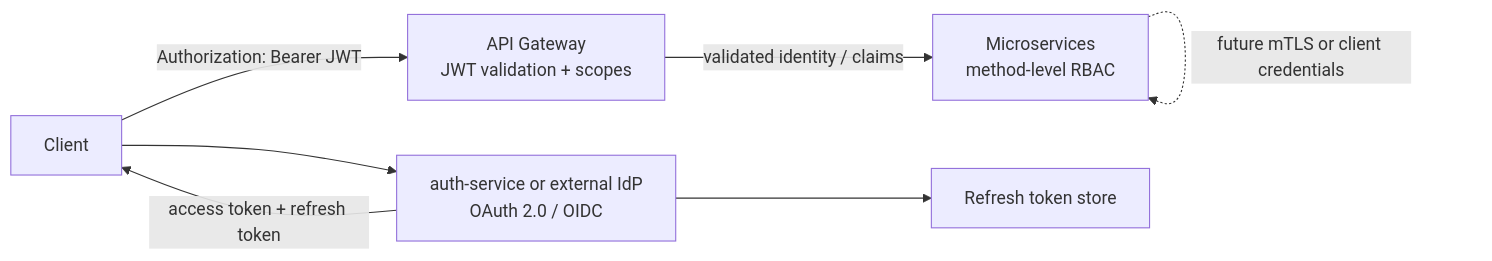
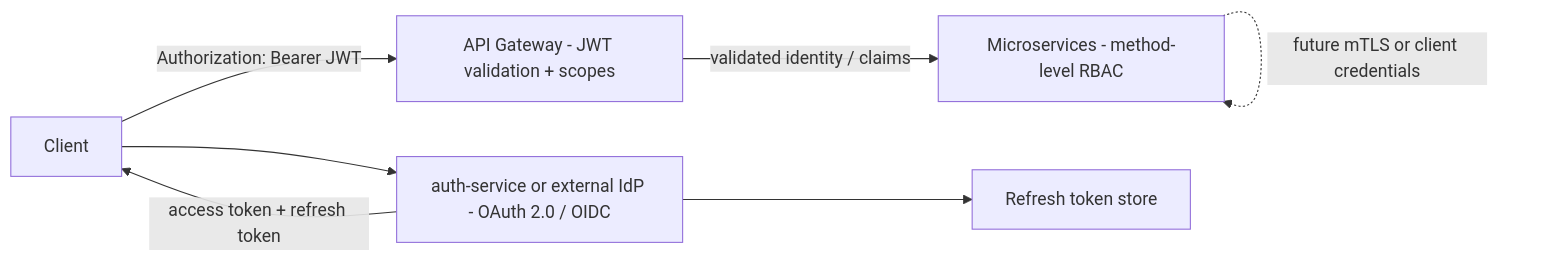
Before and after one commit to pramod4it/camp: the ninth of 14 diagrams in README.md, drawn with Mermaid. The commit also changed other lines of this file, not shown here.

Commit message:
Fix GitHub Mermaid README diagrams

````diff
--- a/README.md
+++ b/README.md
@@ -433,15 +425,15 @@
 ```mermaid
 flowchart LR
     Client["Client"]
-    Auth["auth-service or external IdP<br/>OAuth 2.0 / OIDC"]
-    Gateway["API Gateway<br/>JWT validation + scopes"]
-    Services["Microservices<br/>method-level RBAC"]
+    Auth["auth-service or external IdP - OAuth 2.0 / OIDC"]
+    Gateway["API Gateway - JWT validation + scopes"]
+    Services["Microservices - method-level RBAC"]
     TokenStore["Refresh token store"]
 
     Client --> Auth
     Auth -->|"access token + refresh token"| Client
     Client -->|"Authorization: Bearer JWT"| Gateway
     Gateway -->|"validated identity / claims"| Services
     Auth --> TokenStore
     Services -.->|"future mTLS or client credentials"| Services
 ```
````
